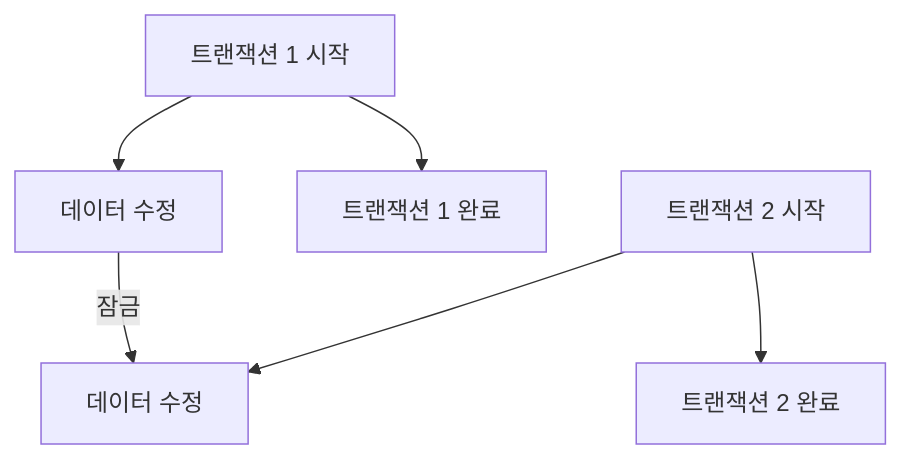
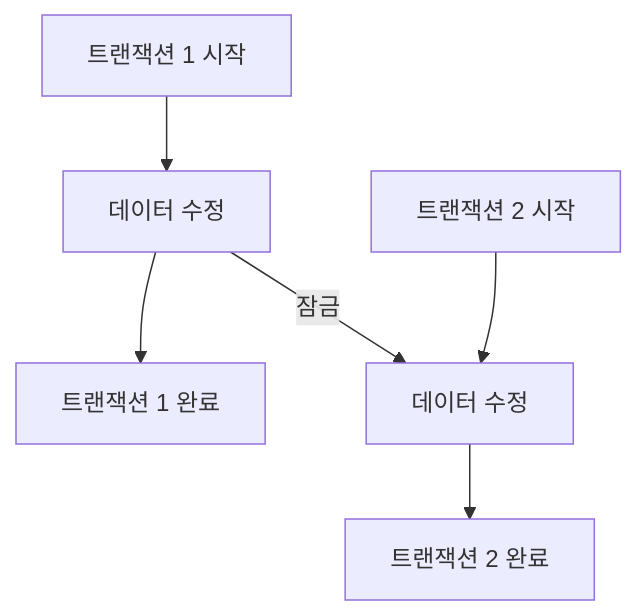
The third of 15 diagrams in content/post/2024/2024-09-01-aicd/index.md (42jerrykim/42jerrykim.github.io), drawn with Mermaid before and after one commit. The commit also changed other lines of this file and 239 other files, not shown here.

````diff
--- a/content/post/2024/2024-09-01-aicd/index.md
+++ b/content/post/2024/2024-09-01-aicd/index.md
@@ -231,8 +184,14 @@
 ```mermaid
-graph TD;
-    A[트랜잭션 1 시작] --> B[데이터 수정]
-    A --> C[트랜잭션 1 완료]
-    D[트랜잭션 2 시작] --> E[데이터 수정]
-    D --> F[트랜잭션 2 완료]
-    B -->|잠금| E
+graph TD
+    T1Start["트랜잭션 1 시작"]
+    T1Modify["데이터 수정"]
+    T1End["트랜잭션 1 완료"]
+    T2Start["트랜잭션 2 시작"]
+    T2Modify["데이터 수정"]
+    T2End["트랜잭션 2 완료"]
+    T1Start --> T1Modify
+    T1Modify --> T1End
+    T2Start --> T2Modify
+    T2Modify --> T2End
+    T1Modify -->|"잠금"| T2Modify
 ```
````
